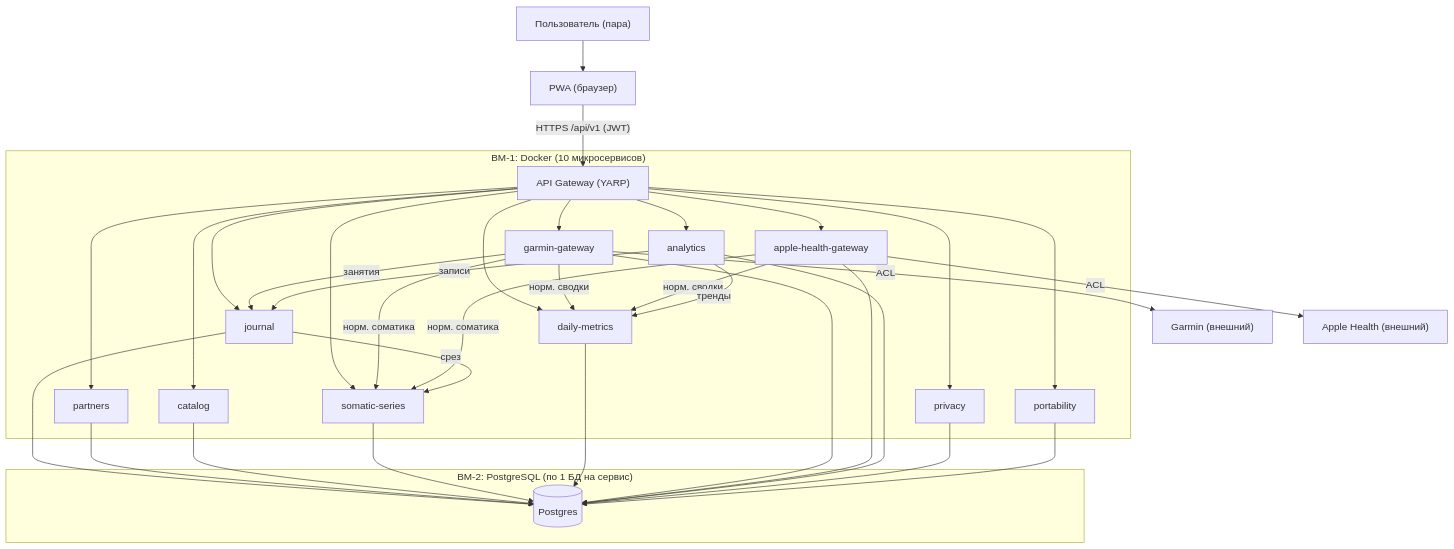
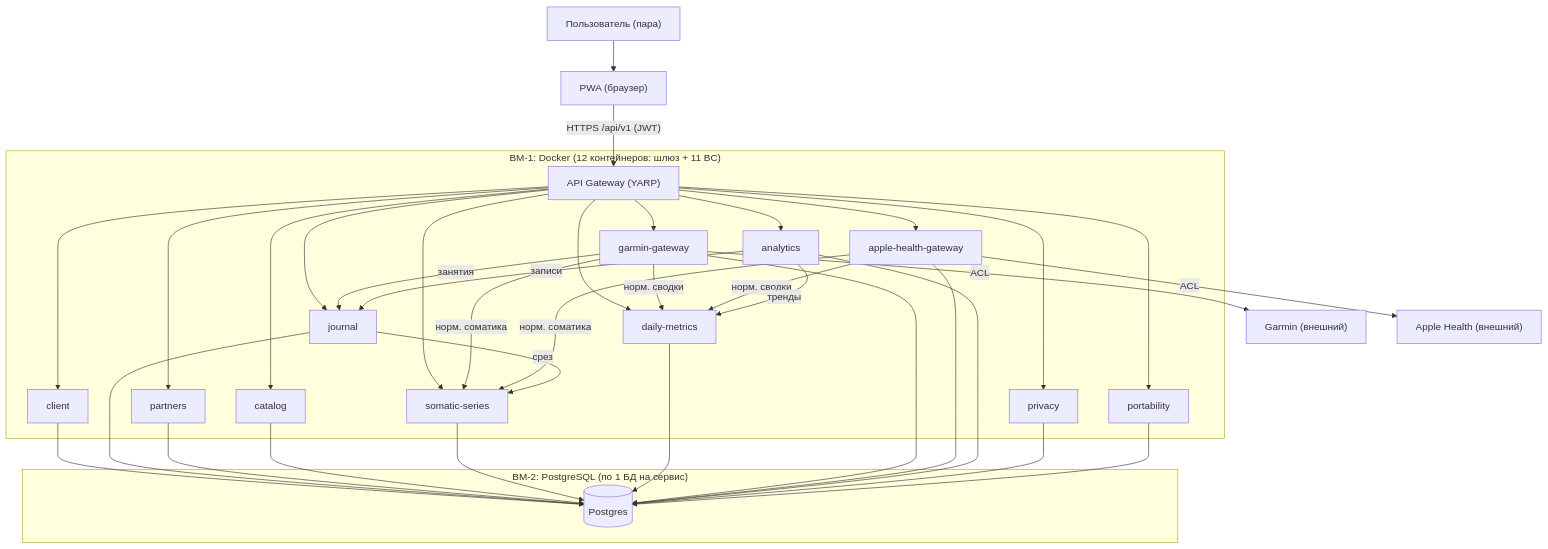
One commit to Ekstrem/XDiary changed the diagram in 04-architecture/c4-containers.md. Above: the diagram before and after it, drawn with Mermaid. The commit also changed other lines of this file and 2 other files, not shown here.

````diff
--- a/04-architecture/c4-containers.md
+++ b/04-architecture/c4-containers.md
@@ -28,39 +29,40 @@
 ```mermaid
 flowchart TD
     U["Пользователь (пара)"] --> PWA["PWA (браузер)"]
     PWA -->|"HTTPS /api/v1 (JWT)"| GW["API Gateway (YARP)"]
 
-    subgraph VM1["ВМ-1: Docker (10 микросервисов)"]
+    subgraph VM1["ВМ-1: Docker (12 контейнеров: шлюз + 11 BC)"]
         GW
+        CL["client"]
         J["journal"]
         PT["partners"]
         CT["catalog"]
         SS["somatic-series"]
         DM["daily-metrics"]
         GG["garmin-gateway"]
         AG["apple-health-gateway"]
         AN["analytics"]
         PV["privacy"]
         PD["portability"]
     end
 
     subgraph VM2["ВМ-2: PostgreSQL (по 1 БД на сервис)"]
         DB[("Postgres")]
     end
 
-    GW --> J & PT & CT & SS & DM & GG & AG & AN & PV & PD
+    GW --> CL & J & PT & CT & SS & DM & GG & AG & AN & PV & PD
 
     GG -->|норм. соматика| SS
     GG -->|норм. сводки| DM
     GG -->|занятия| J
     AG -->|норм. соматика| SS
     AG -->|норм. сводки| DM
     J -->|срез| SS
     AN -->|записи| J
     AN -->|тренды| DM
 
     GG -->|ACL| GAR["Garmin (внешний)"]
     AG -->|ACL| AH["Apple Health (внешний)"]
 
-    J & PT & CT & SS & DM & GG & AG & AN & PV & PD --> DB
+    CL & J & PT & CT & SS & DM & GG & AG & AN & PV & PD --> DB
 ```
````
